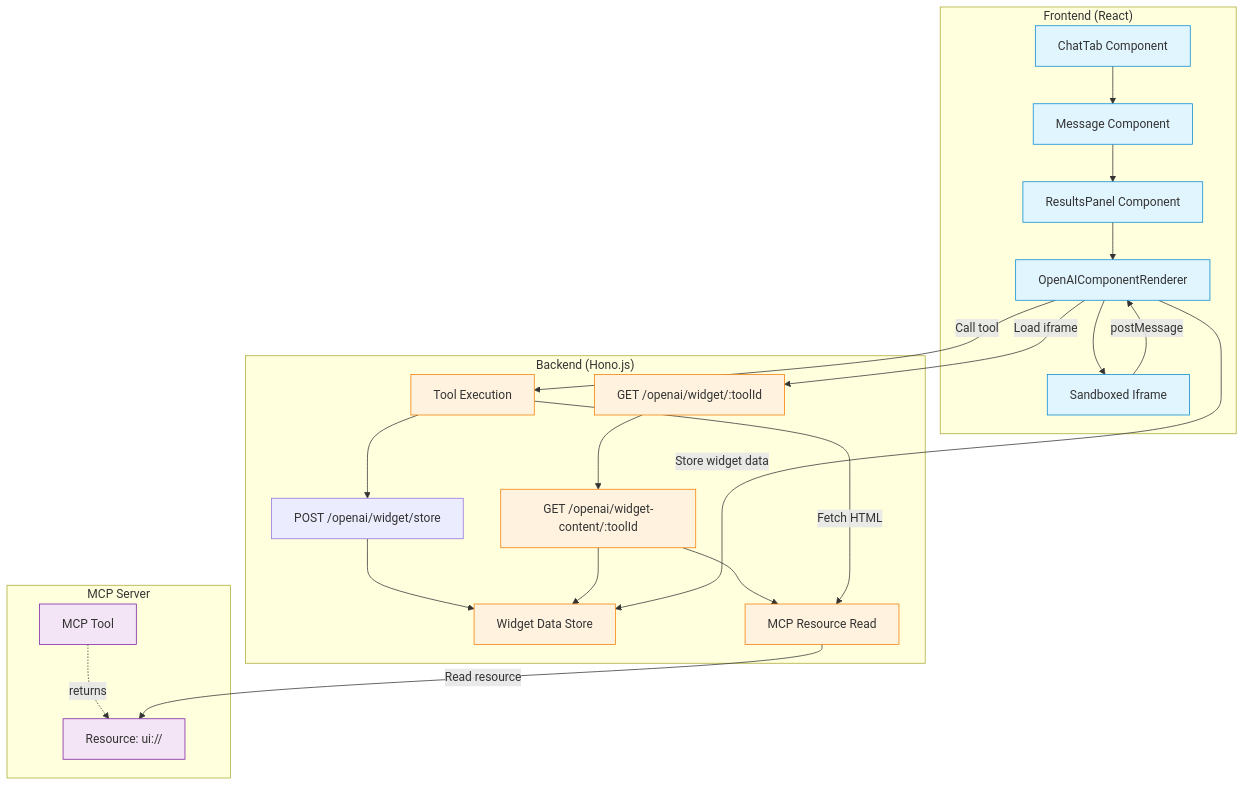
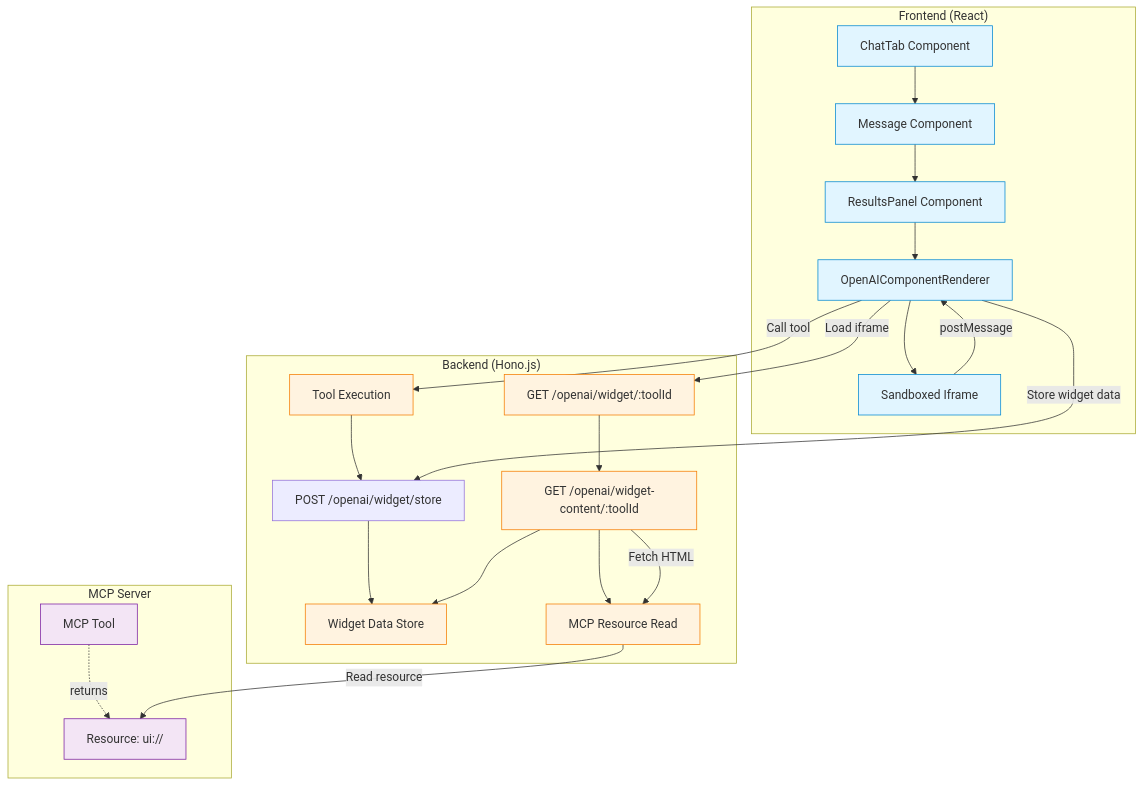
One commit to MCPJam/inspector changed the first of 5 diagrams in docs/contributing/openai-sdk-architecture.mdx. Above: the diagram before and after it, drawn with Mermaid.

````diff
--- a/docs/contributing/openai-sdk-architecture.mdx
+++ b/docs/contributing/openai-sdk-architecture.mdx
@@ -27,52 +27,52 @@
 ```mermaid
 graph TB
     subgraph Frontend["Frontend (React)"]
         Chat[ChatTab Component]
         Message[Message Component]
         Results[ResultsPanel Component]
         Renderer[OpenAIComponentRenderer]
         Iframe[Sandboxed Iframe]
 
         Chat --> Message
         Message --> Results
         Results --> Renderer
         Renderer --> Iframe
     end
 
     subgraph Backend["Backend (Hono.js)"]
         ToolExec[Tool Execution]
         Storage[Widget Data Store]
         StoreEndpoint["POST /openai/widget/store"]
         WidgetEndpoint["GET /openai/widget/:toolId"]
         ContentEndpoint["GET /openai/widget-content/:toolId"]
         MCPRead[MCP Resource Read]
 
         ToolExec --> StoreEndpoint
         StoreEndpoint --> Storage
         WidgetEndpoint --> ContentEndpoint
         ContentEndpoint --> Storage
         ContentEndpoint --> MCPRead
     end
 
     subgraph MCPServer["MCP Server"]
         Tool[MCP Tool]
         Resource["Resource: ui://"]
 
         Tool -.returns.-> Resource
     end
 
-    Renderer -->|Store widget data| Storage
+    Renderer -->|Store widget data| StoreEndpoint
     Renderer -->|Load iframe| WidgetEndpoint
     Iframe -->|postMessage| Renderer
     Renderer -->|Call tool| ToolExec
-    ToolExec -->|Fetch HTML| MCPRead
+    ContentEndpoint -->|Fetch HTML| MCPRead
     MCPRead -->|Read resource| Resource
 
     classDef frontend fill:#e1f5ff,stroke:#0288d1
     classDef backend fill:#fff3e0,stroke:#f57c00
     classDef mcp fill:#f3e5f5,stroke:#7b1fa2
 
     class Chat,Message,Results,Renderer,Iframe frontend
     class ToolExec,Storage,WidgetEndpoint,ContentEndpoint,MCPRead backend
     class Tool,Resource mcp
 ```
````
